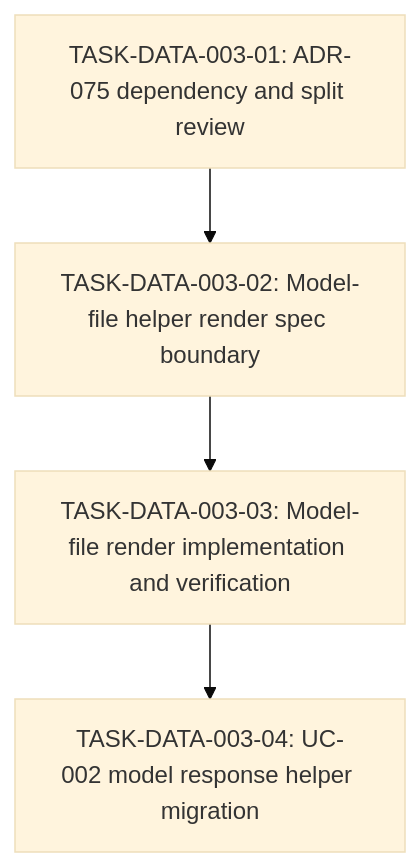
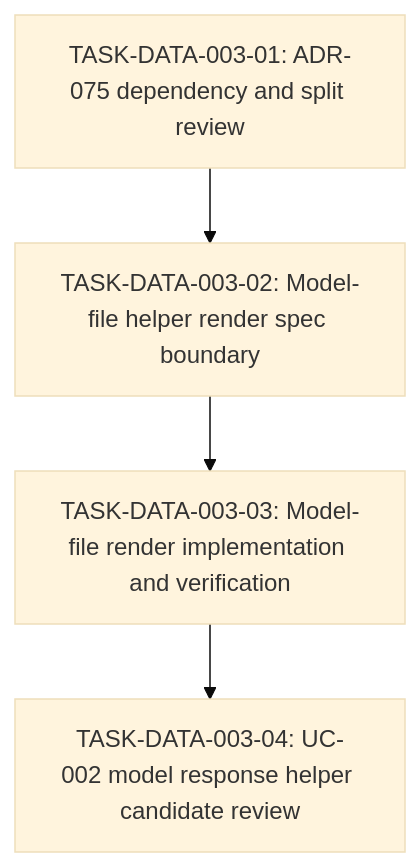
Before and after one commit to hiroshiasayadev-prog/brewprint: the diagram in docs/work-items/data/WORK-DATA-003-model-file-helper-render-boundary.md, drawn with Mermaid (base theme). The commit also changed other lines of this file and 1 other file, not shown here.

Commit message:
docs(data): add uc-002 helper candidate review task

````diff
--- a/docs/work-items/data/WORK-DATA-003-model-file-helper-render-boundary.md
+++ b/docs/work-items/data/WORK-DATA-003-model-file-helper-render-boundary.md
@@ -61,8 +62,8 @@
 ```mermaid
 flowchart TD
   T1["TASK-DATA-003-01: ADR-075 dependency and split review"]
   T2["TASK-DATA-003-02: Model-file helper render spec boundary"]
   T3["TASK-DATA-003-03: Model-file render implementation and verification"]
-  T4["TASK-DATA-003-04: UC-002 model response helper migration"]
+  T4["TASK-DATA-003-04: UC-002 model response helper candidate review"]
   T1 --> T2 --> T3 --> T4
 ```
````
